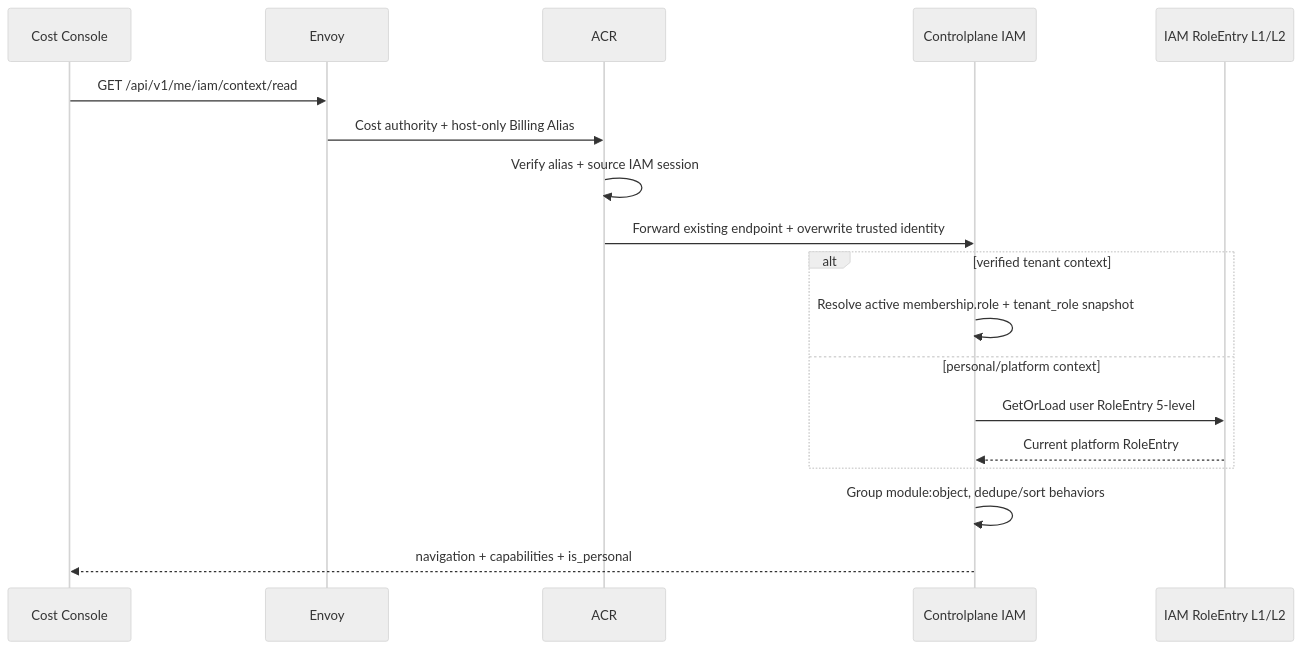
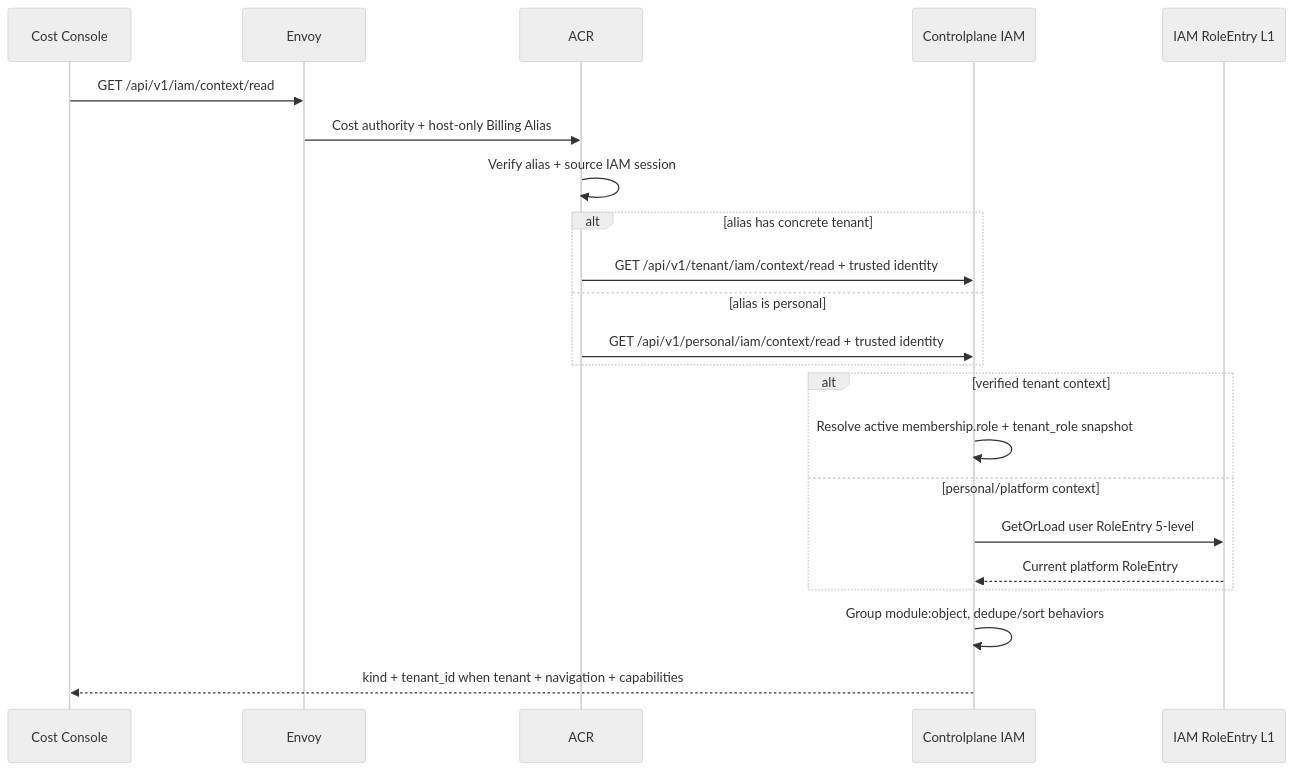
Before and after one commit to phucle996/aurora: the second of 4 diagrams in god_view/billing/cost_console_domain_trinity_god_view.md, drawn with Mermaid (neutral theme). The commit also changed other lines of this file and 20 other files, not shown here.

````diff
--- a/god_view/billing/cost_console_domain_trinity_god_view.md
+++ b/god_view/billing/cost_console_domain_trinity_god_view.md
@@ -207,21 +209,25 @@
 ```mermaid
 sequenceDiagram
     participant CostUI as Cost Console
     participant Envoy
     participant ACR
     participant IAM as Controlplane IAM
-    participant Cache as IAM RoleEntry L1/L2
+    participant Cache as IAM RoleEntry L1
 
-    CostUI->>Envoy: GET /api/v1/me/iam/context/read
+    CostUI->>Envoy: GET /api/v1/iam/context/read
     Envoy->>ACR: Cost authority + host-only Billing Alias
     ACR->>ACR: Verify alias + source IAM session
-    ACR->>IAM: Forward existing endpoint + overwrite trusted identity
+    alt alias has concrete tenant
+        ACR->>IAM: GET /api/v1/tenant/iam/context/read + trusted identity
+    else alias is personal
+        ACR->>IAM: GET /api/v1/personal/iam/context/read + trusted identity
+    end
     alt verified tenant context
         IAM->>IAM: Resolve active membership.role + tenant_role snapshot
     else personal/platform context
         IAM->>Cache: GetOrLoad user RoleEntry 5-level
         Cache-->>IAM: Current platform RoleEntry
     end
     IAM->>IAM: Group module:object, dedupe/sort behaviors
-    IAM-->>CostUI: navigation + capabilities + is_personal
+    IAM-->>CostUI: kind + tenant_id when tenant + navigation + capabilities
 ```
````
